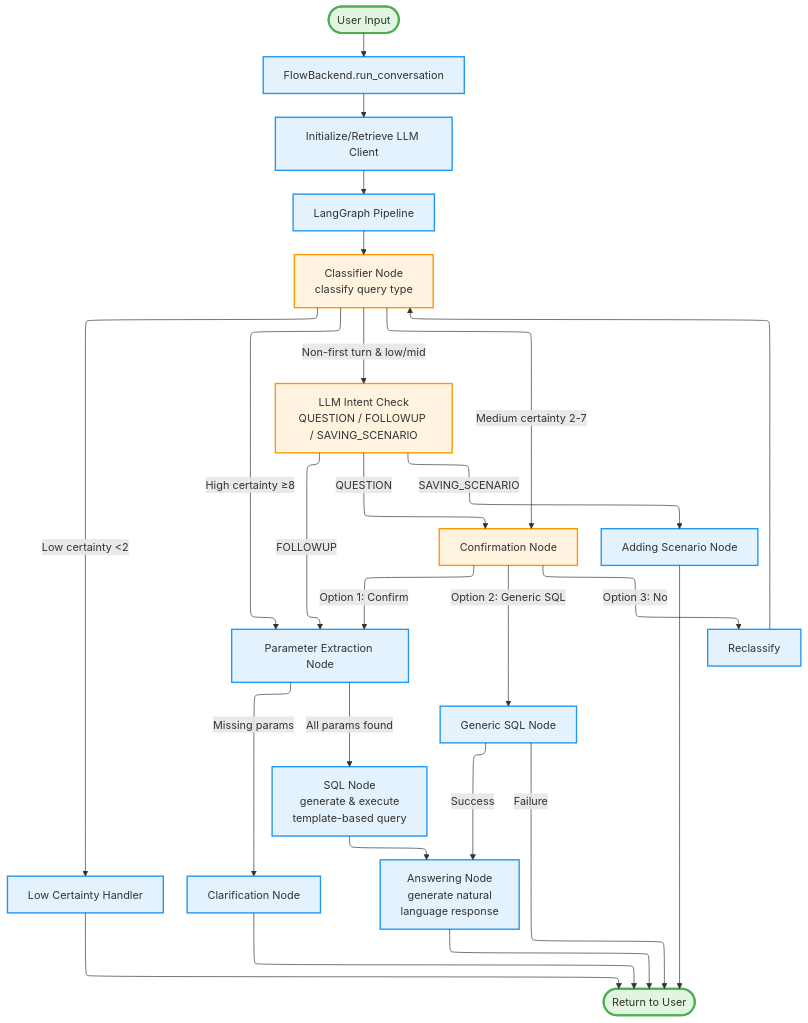
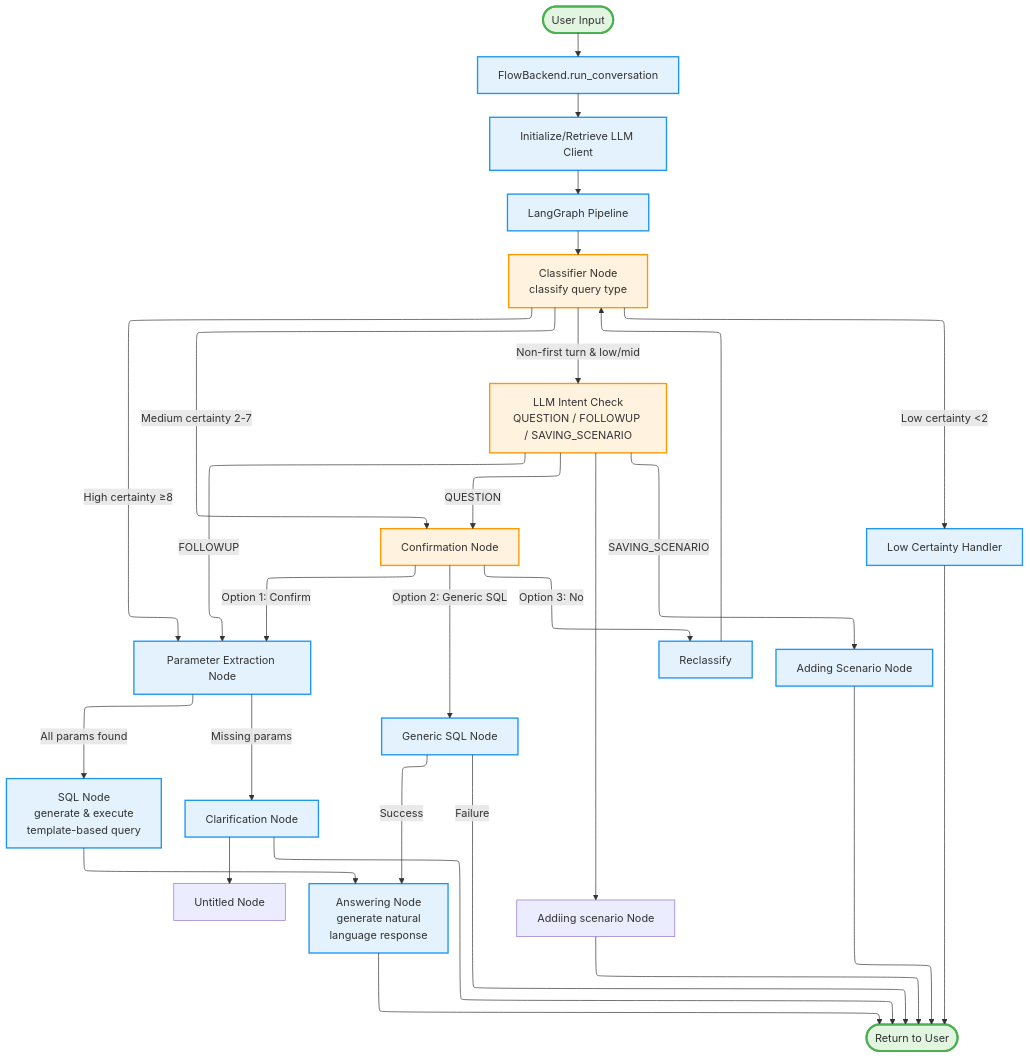
One commit to alberthupa/talk2data changed the diagram in flow2.mermaid. Above: the diagram before and after it, drawn with Mermaid. The commit also changed 2 other files, not shown here.

```diff
--- a/flow2.mermaid
+++ b/flow2.mermaid
@@ -1,49 +1,51 @@
 ---
 config:
   layout: elk
 ---
 flowchart TD
     Start(["User Input"]) --> Backend["FlowBackend.run_conversation"]
     Backend --> InitLLM["Initialize/Retrieve LLM Client"]
     InitLLM --> Pipeline["LangGraph Pipeline"]
     Pipeline --> Classifier["Classifier Node<br>classify query type"]
     Classifier -- High certainty ≥8 --> ParamExtract["Parameter Extraction Node"]
     Classifier -- "Medium certainty 2-7" --> Confirmation["Confirmation Node"]
     Confirmation -- Option 1: Confirm --> ParamExtract
     Confirmation -- Option 2: Generic SQL --> GenericSQL["Generic SQL Node"]
     Confirmation -- Option 3: No --> Reclassify["Reclassify"]
     Reclassify --> Classifier
     Classifier -- Low certainty &lt;2 --> LowCertainty["Low Certainty Handler"]
     LowCertainty --> Return(["Return to User"])
     Classifier -- "Non-first turn & low/mid" --> LLMIntent["LLM Intent Check<br>QUESTION / FOLLOWUP / SAVING_SCENARIO"]
     LLMIntent -- QUESTION --> Confirmation
     LLMIntent -- FOLLOWUP --> ParamExtract
     LLMIntent -- SAVING_SCENARIO --> AddScenario["Adding Scenario Node"]
     AddScenario --> Return
     ParamExtract -- All params found --> SQL["SQL Node<br>generate &amp; execute<br>template-based query"]
     ParamExtract -- Missing params --> Clarification["Clarification Node"]
-    Clarification --> Return
+    Clarification --> Return & n2["Untitled Node"]
     SQL --> Answering["Answering Node<br>generate natural<br>language response"]
     GenericSQL -- Success --> Answering
     GenericSQL -- Failure --> Return
     Answering --> Return
+    LLMIntent --> n1["Addiing scenario Node"]
+    n1 --> Return
      Start:::startEnd
      Backend:::process
      InitLLM:::process
      Pipeline:::process
      Classifier:::decision
      ParamExtract:::process
      Confirmation:::decision
      GenericSQL:::process
      Reclassify:::process
      LowCertainty:::process
      Return:::startEnd
      LLMIntent:::decision
      AddScenario:::process
      SQL:::process
      Clarification:::process
      Answering:::process
     classDef startEnd fill:#e1f5e1,stroke:#4caf50,stroke-width:3px
     classDef process fill:#e3f2fd,stroke:#2196f3,stroke-width:2px
     classDef decision fill:#fff3e0,stroke:#ff9800,stroke-width:2px
     classDef critical fill:#fce4ec,stroke:#e91e63,stroke-width:2px
```
